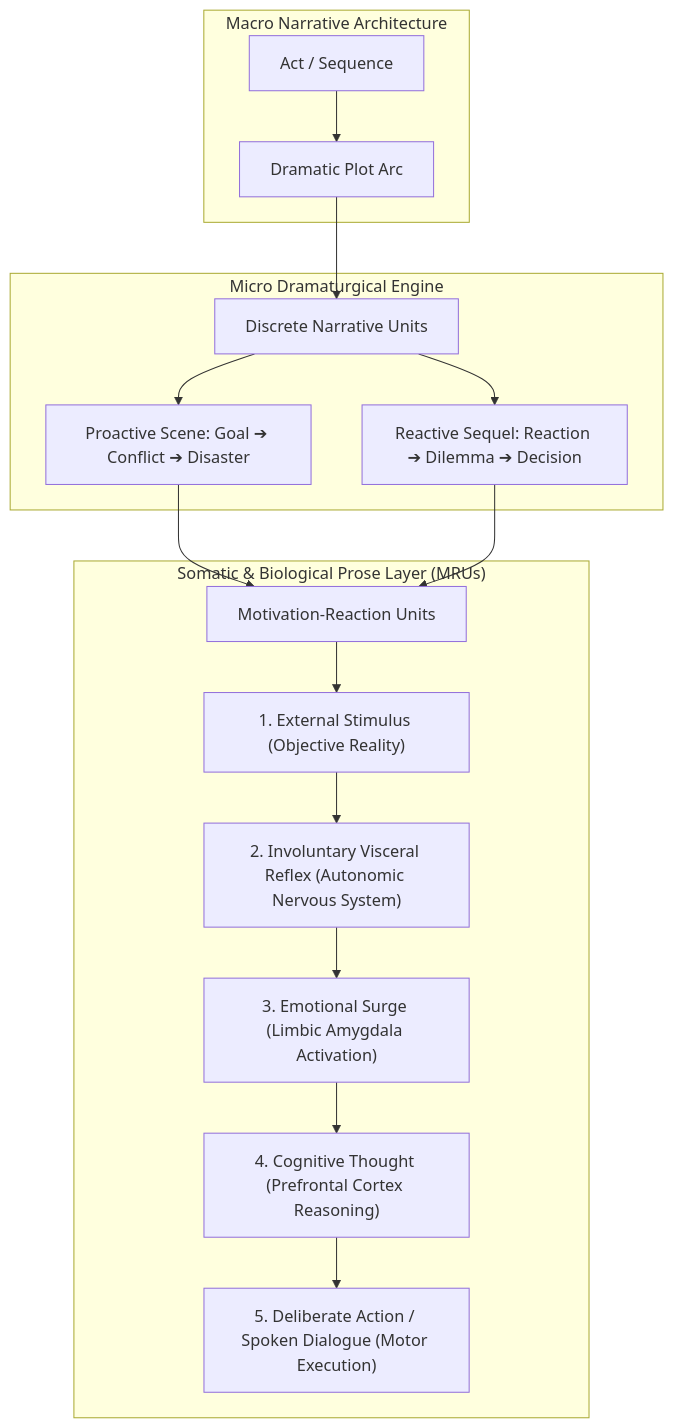
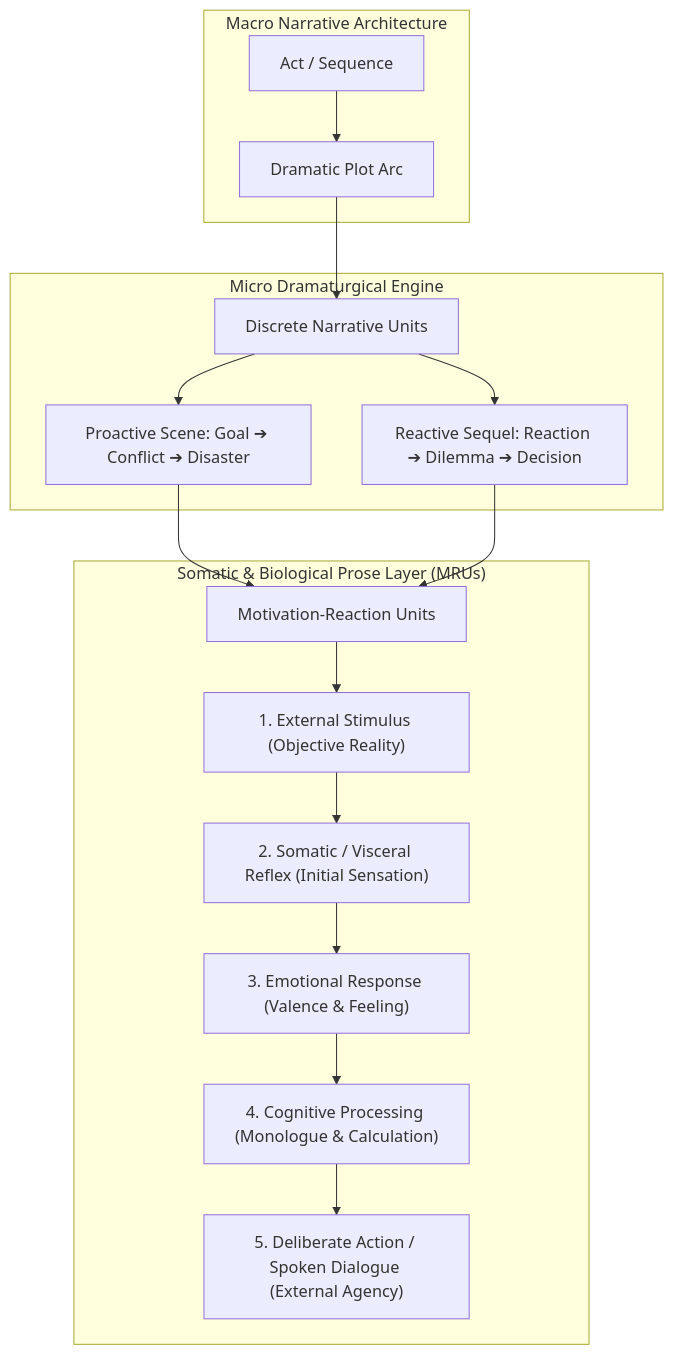
The first of 2 diagrams in docs/SCENE_MECHANICS.md (aryansinghnagar/Ars-Arcanum), drawn with Mermaid before and after one commit. The commit also changed other lines of this file and 33 other files, not shown here.

````diff
--- a/docs/SCENE_MECHANICS.md
+++ b/docs/SCENE_MECHANICS.md
@@ -10,21 +10,21 @@
 ```mermaid
 flowchart TD
     subgraph MacroStructure["Macro Narrative Architecture"]
         Act["Act / Sequence"] --> Arc["Dramatic Plot Arc"]
     end
 
     subgraph MicroStructure["Micro Dramaturgical Engine"]
         Arc --> Units["Discrete Narrative Units"]
         Units --> SceneNode["Proactive Scene: Goal ➔ Conflict ➔ Disaster"]
         Units --> SequelNode["Reactive Sequel: Reaction ➔ Dilemma ➔ Decision"]
     end
 
     subgraph SomaticLayer["Somatic & Biological Prose Layer (MRUs)"]
         SceneNode & SequelNode --> MRU["Motivation-Reaction Units"]
         MRU --> S1["1. External Stimulus (Objective Reality)"]
-        S1 --> S2["2. Involuntary Visceral Reflex (Autonomic Nervous System)"]
-        S2 --> S3["3. Emotional Surge (Limbic Amygdala Activation)"]
-        S3 --> S4["4. Cognitive Thought (Prefrontal Cortex Reasoning)"]
-        S4 --> S5["5. Deliberate Action / Spoken Dialogue (Motor Execution)"]
+        S1 --> S2["2. Somatic / Visceral Reflex (Initial Sensation)"]
+        S2 --> S3["3. Emotional Response (Valence & Feeling)"]
+        S3 --> S4["4. Cognitive Processing (Monologue & Calculation)"]
+        S4 --> S5["5. Deliberate Action / Spoken Dialogue (External Agency)"]
     end
 ```
````
